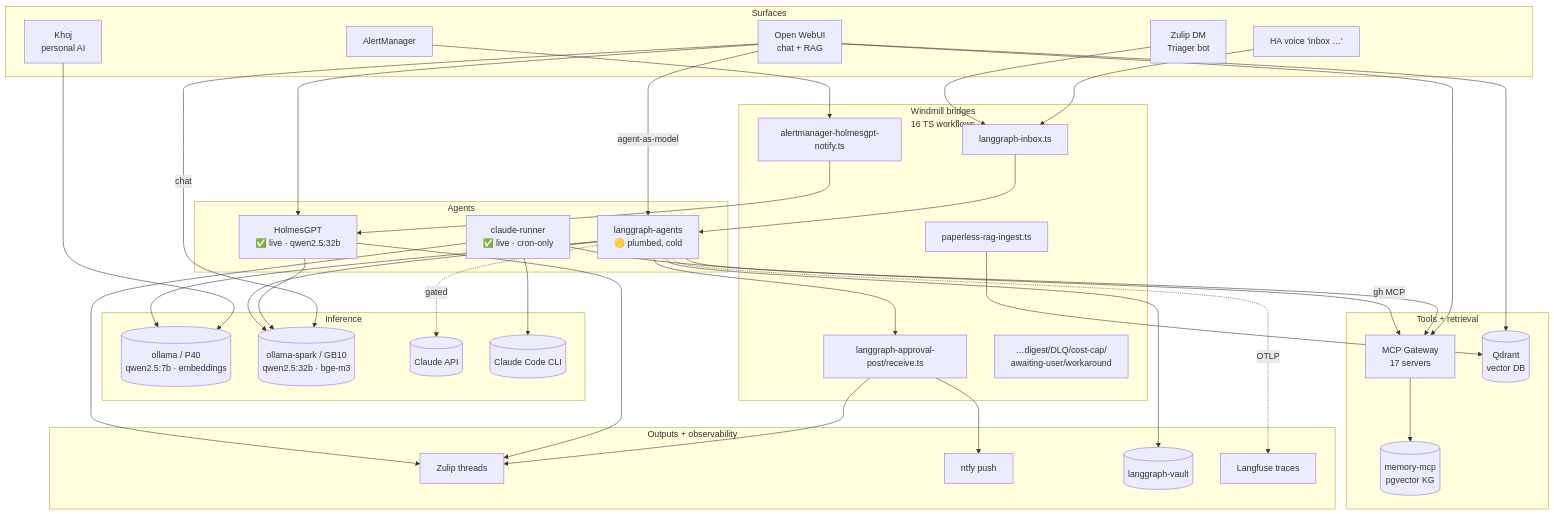
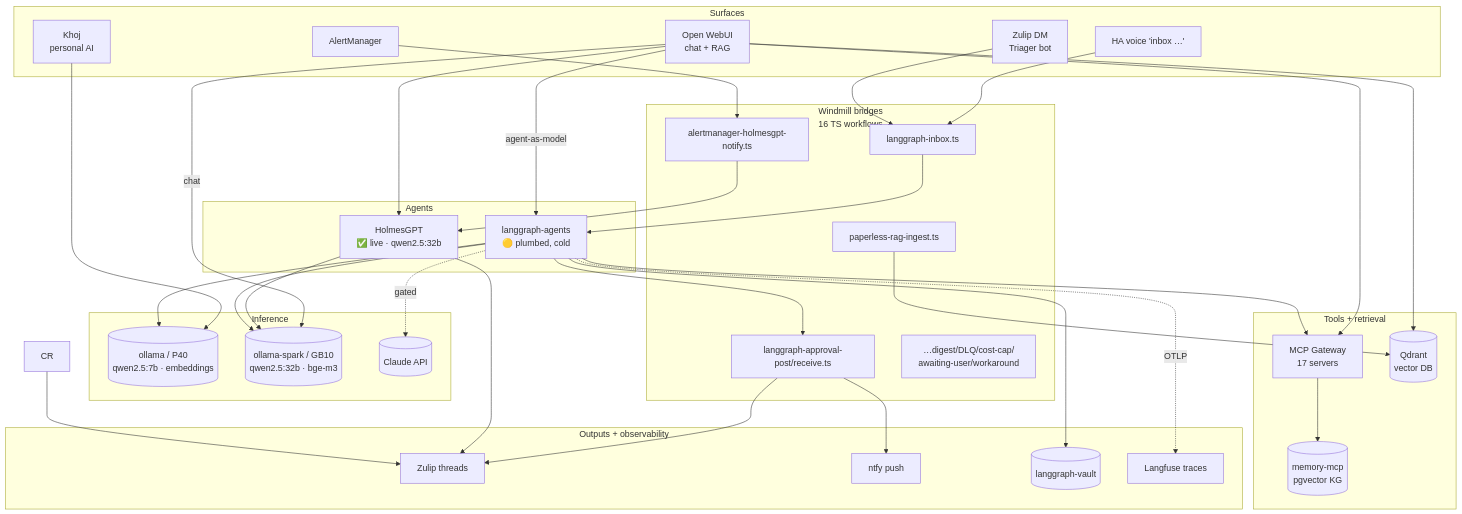
The second of 3 diagrams in README.md (rwlove/home-ops), drawn with Mermaid before and after one commit. The commit also changed other lines of this file, not shown here.

First line of the commit message:
docs(README): refresh agent fleet — drop claude-runner, add new agents (#12017)

````diff
--- a/README.md
+++ b/README.md
@@ -317,67 +316,63 @@
 ```mermaid
 flowchart TB
     subgraph Surfaces[Surfaces]
         OWUI[Open WebUI<br/>chat + RAG]
         Khoj[Khoj<br/>personal AI]
         Voice[HA voice 'inbox …']
         ZulipDM[Zulip DM<br/>Triager bot]
         AM[AlertManager]
     end
 
     subgraph Bridges[Windmill bridges<br/>16 TS workflows]
         WInbox[langgraph-inbox.ts]
         WAlert[alertmanager-holmesgpt-notify.ts]
         WApprove[langgraph-approval-post/receive.ts]
         WPaperless[paperless-rag-ingest.ts]
         WOther[…digest/DLQ/cost-cap/<br/>awaiting-user/workaround]
     end
 
     subgraph Agents[Agents]
         Holmes[HolmesGPT<br/>✅ live · qwen2.5:32b]
         LG[langgraph-agents<br/>🟡 plumbed, cold]
-        CR[claude-runner<br/>✅ live · cron-only]
     end
 
     subgraph Inference[Inference]
         OllamaP40[(ollama / P40<br/>qwen2.5:7b · embeddings)]
         OllamaSpark[(ollama-spark / GB10<br/>qwen2.5:32b · bge-m3)]
         Claude[(Claude API)]
-        CC[(Claude Code CLI)]
     end
 
     subgraph Tools[Tools + retrieval]
         Gw[MCP Gateway<br/>17 servers]
         Q[(Qdrant<br/>vector DB)]
         Mem[(memory-mcp<br/>pgvector KG)]
     end
 
     subgraph Outputs[Outputs + observability]
         Zulip[Zulip threads]
         Ntfy[ntfy push]
         Vault[(langgraph-vault)]
         LF[Langfuse traces]
     end
 
     Voice --> WInbox --> LG
     ZulipDM --> WInbox
     OWUI -->|chat| OllamaSpark
     OWUI -->|agent-as-model| LG
     OWUI --> Gw
     OWUI --> Holmes
     OWUI --> Q
     Khoj --> OllamaP40
     AM --> WAlert --> Holmes
     Holmes --> OllamaSpark
     LG --> OllamaSpark
     LG --> OllamaP40
     LG -.->|gated| Claude
     LG --> Gw --> Mem
     LG -.->|OTLP| LF
     WPaperless --> Q
-    CR --> CC
-    CR -->|gh MCP| Gw
     LG --> WApprove --> Zulip & Ntfy
     LG --> Vault
     Holmes --> Zulip
     CR --> Zulip
 ```
````
